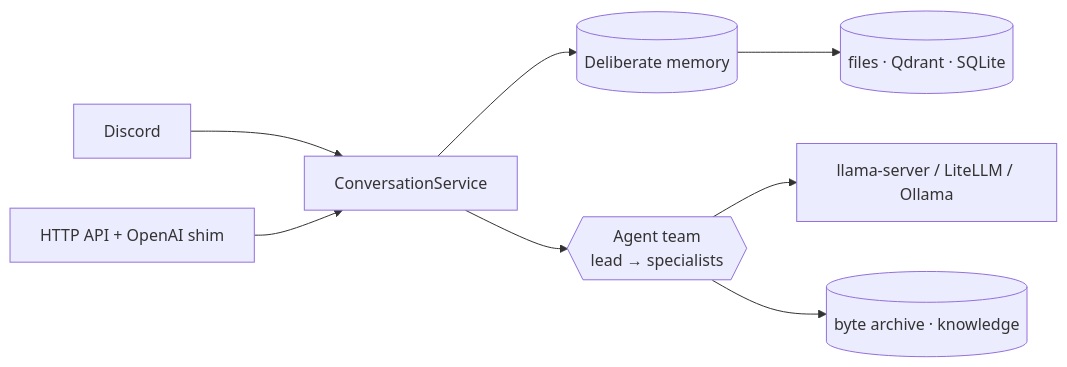
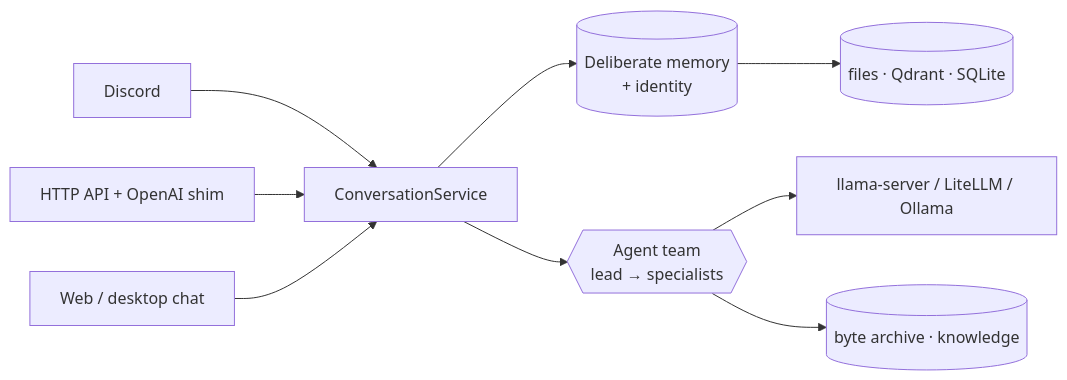
Before and after one commit to carneirofc/magi-ai-assistant: the diagram in README.md, drawn with Mermaid. The commit also changed other lines of this file and 53 other files, not shown here.

First line of the commit message:
feat: bot identity, operator memory passes, and knowledge context loading

````diff
--- a/README.md
+++ b/README.md
@@ -33,10 +45,11 @@
 ```mermaid
 flowchart LR
     D[Discord] --> CS[ConversationService]
     A[HTTP API + OpenAI shim] --> CS
-    CS --> MEM[(Deliberate memory)]
+    W[Web / desktop chat] --> CS
+    CS --> MEM[(Deliberate memory<br/>+ identity)]
     CS --> TEAM{{Agent team<br/>lead → specialists}}
     TEAM --> BK[llama-server / LiteLLM / Ollama]
     MEM --> ST[(files · Qdrant · SQLite)]
     TEAM --> OBJ[(byte archive · knowledge)]
 ```
````
